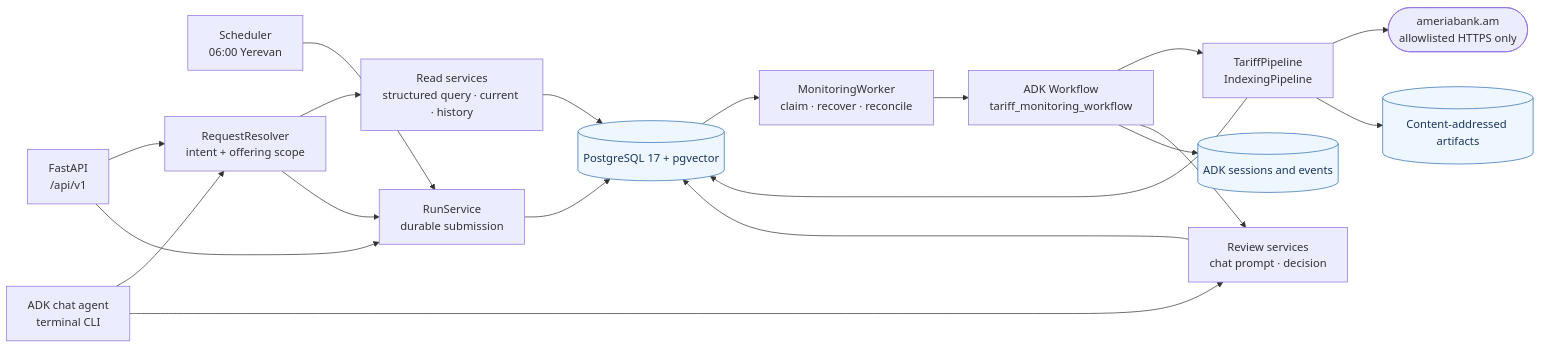
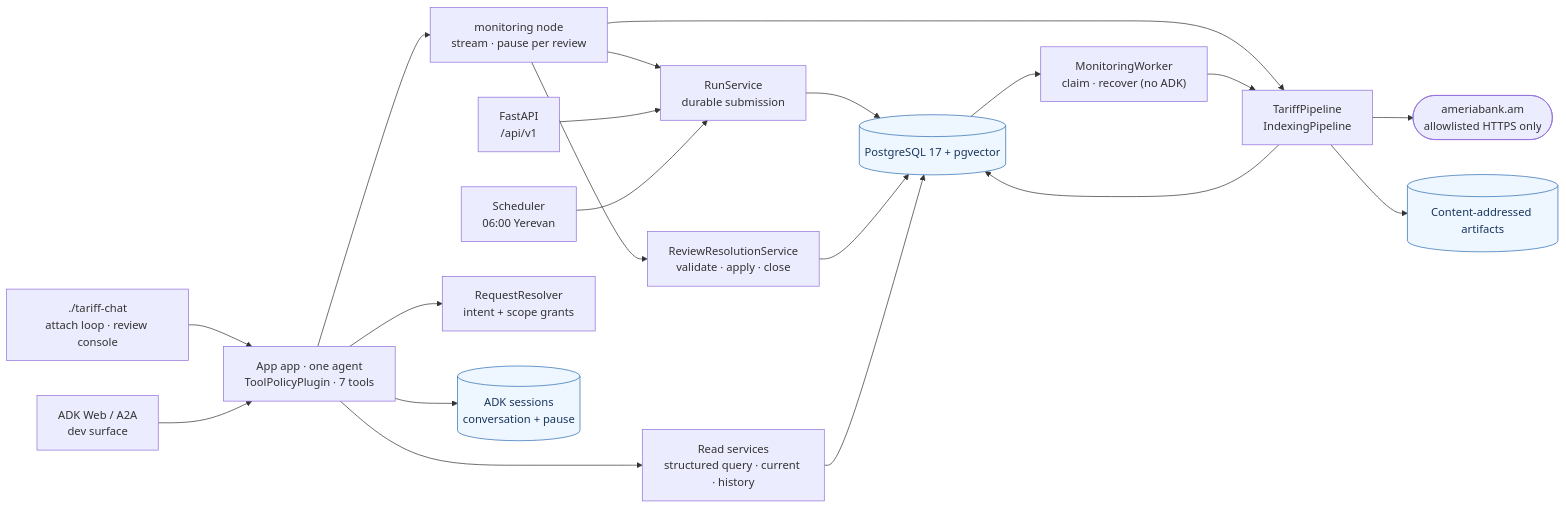
One commit to celineFar/bank-tariff-monitoring-agent changed the first of 4 diagrams in docs/architecture-diagram.md. Above: the diagram before and after it, drawn with Mermaid. The commit also changed other lines of this file and 37 other files, not shown here.

````diff
--- a/docs/architecture-diagram.md
+++ b/docs/architecture-diagram.md
@@ -21,41 +23,44 @@
 ```mermaid
 flowchart LR
-    CHAT["ADK chat agent<br/>terminal CLI"]
+    CLI["./tariff-chat<br/>attach loop · review console"]
+    WEB["ADK Web / A2A<br/>dev surface"]
     HTTP["FastAPI<br/>/api/v1"]
     SCHED["Scheduler<br/>06:00 Yerevan"]
 
-    RESOLVER["RequestResolver<br/>intent + offering scope"]
+    AGENT["App app · one agent<br/>ToolPolicyPlugin · 7 tools"]
+    NODE["monitoring node<br/>stream · pause per review"]
+    RESOLVER["RequestResolver<br/>intent + scope grants"]
     QUERY["Read services<br/>structured query · current · history"]
     RUNSVC["RunService<br/>durable submission"]
-    WORKER["MonitoringWorker<br/>claim · recover · reconcile"]
-    WF["ADK Workflow<br/>tariff_monitoring_workflow"]
+    WORKER["MonitoringWorker<br/>claim · recover (no ADK)"]
     PIPE["TariffPipeline<br/>IndexingPipeline"]
-    REVIEW["Review services<br/>chat prompt · decision"]
+    REVIEW["ReviewResolutionService<br/>validate · apply · close"]
 
     PG[("PostgreSQL 17 + pgvector")]
-    ADKS[("ADK sessions and events")]
+    ADKS[("ADK sessions<br/>conversation + pause")]
     FS[("Content-addressed artifacts")]
     BANK(["ameriabank.am<br/>allowlisted HTTPS only"])
 
-    CHAT --> RESOLVER
-    HTTP --> RESOLVER
-    RESOLVER --> QUERY
-    RESOLVER --> RUNSVC
+    CLI --> AGENT
+    WEB --> AGENT
+    AGENT --> ADKS
+    AGENT --> RESOLVER
+    AGENT --> QUERY
+    AGENT --> NODE
+    NODE --> RUNSVC
+    NODE --> PIPE
+    NODE --> REVIEW
     HTTP --> RUNSVC
     SCHED --> RUNSVC
     RUNSVC --> PG
     PG --> WORKER
-    WORKER --> WF
-    WF --> PIPE
-    WF --> REVIEW
-    WF --> ADKS
-    CHAT --> REVIEW
+    WORKER --> PIPE
     REVIEW --> PG
     PIPE --> BANK
     PIPE --> FS
     PIPE --> PG
     QUERY --> PG
 
     classDef storeBox fill:#eef6ff,stroke:#2b6cb0,color:#1a365d
     class PG,ADKS,FS storeBox
 ```
````
